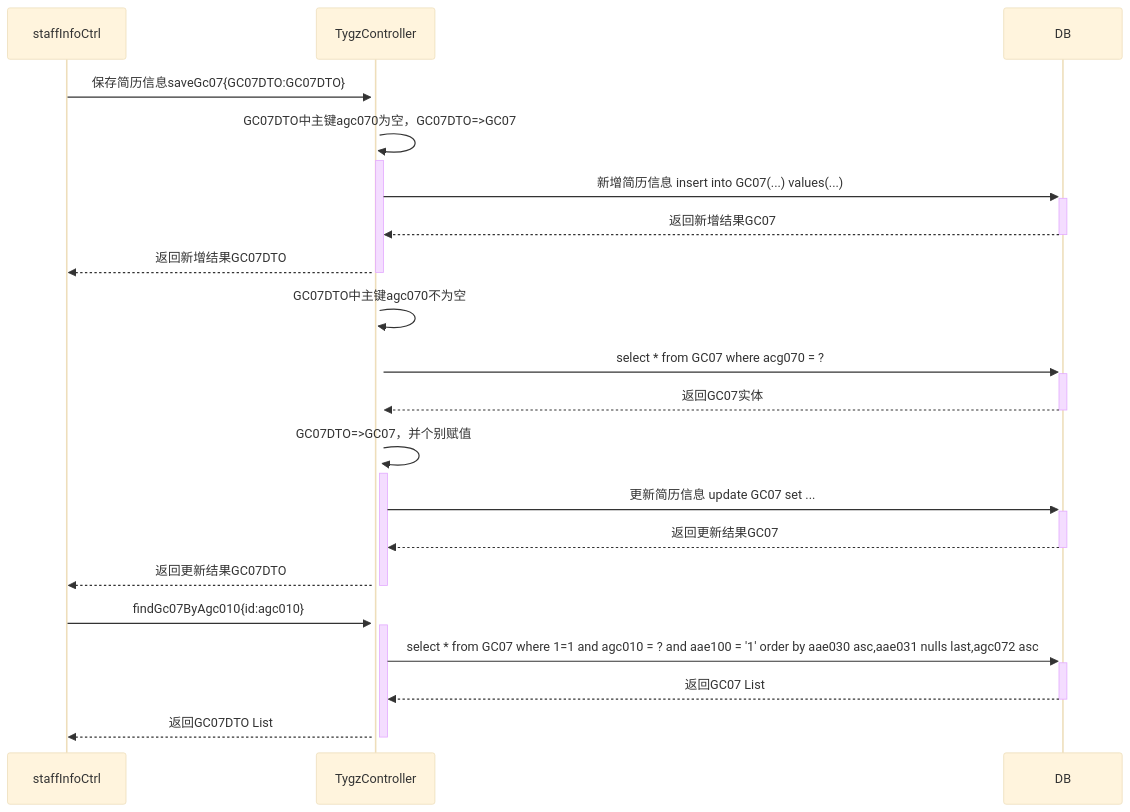
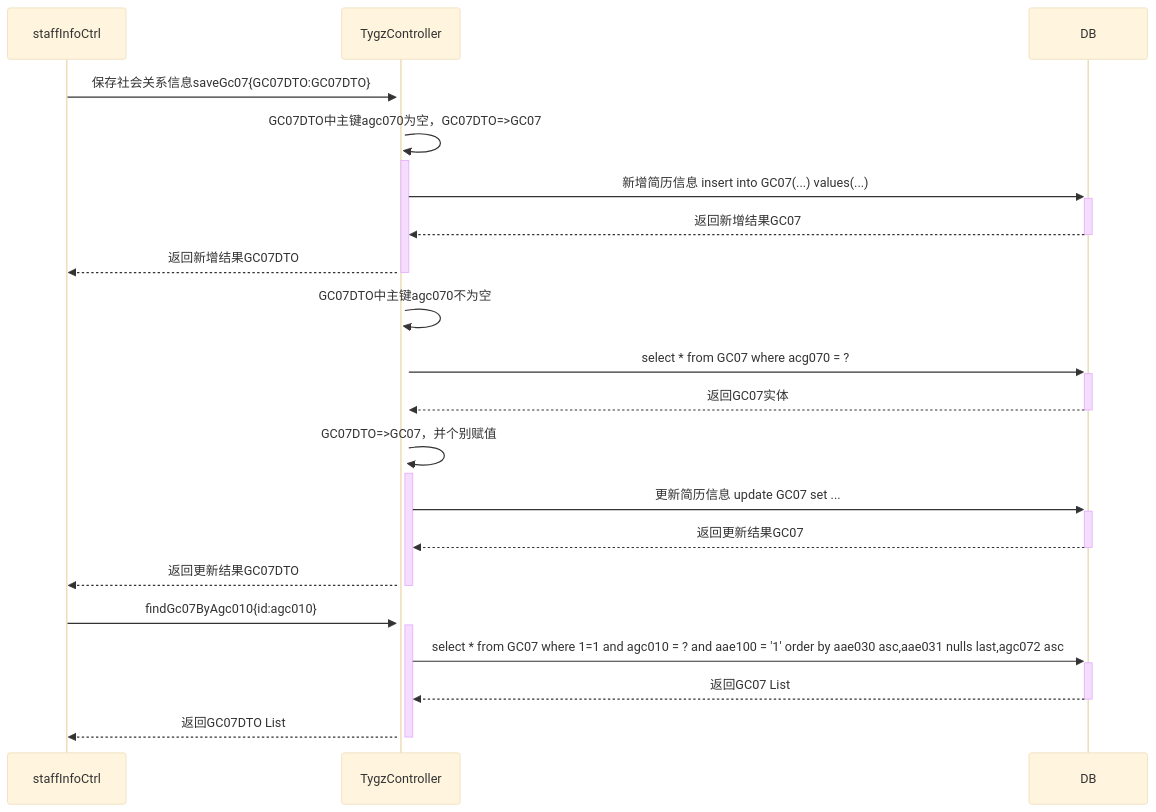
Before and after one commit to ZhangJianBeiJing/iodraw-files: the diagram in all/未命名.md, drawn with Mermaid (base theme).

Commit message:
2025-03-25 17:31:20 update

````diff
--- a/all/未命名.md
+++ b/all/未命名.md
@@ -1,23 +1,22 @@
 ```mermaid
 sequenceDiagram
-
-    staffInfoCtrl->>+TygzController:保存简历信息saveGc07{GC07DTO:GC07DTO}
+    staffInfoCtrl->>+TygzController:保存社会关系信息saveGc07{GC07DTO:GC07DTO}
     TygzController->>+TygzController:GC07DTO中主键agc070为空，GC07DTO=>GC07
     TygzController->>+DB:新增简历信息 insert into GC07(...) values(...)
     DB-->>-TygzController:返回新增结果GC07
     TygzController-->>-staffInfoCtrl:返回新增结果GC07DTO
     TygzController->>+TygzController:GC07DTO中主键agc070不为空
     TygzController->>+DB:select * from GC07 where acg070 = ?
     DB-->>-TygzController:返回GC07实体
     TygzController->>+TygzController:GC07DTO=>GC07，并个别赋值
     TygzController->>+DB:更新简历信息 update GC07 set ...
     DB-->>-TygzController:返回更新结果GC07
     TygzController-->>-staffInfoCtrl:返回更新结果GC07DTO
 
     staffInfoCtrl->>+TygzController:findGc07ByAgc010{id:agc010}
     TygzController->>+DB:select * from GC07 where 1=1 and agc010 = ? and aae100 = '1' order by aae030 asc,aae031 nulls last,agc072 asc 
     DB-->>-TygzController:返回GC07 List
     TygzController-->>-staffInfoCtrl:返回GC07DTO List
             
             
 ```
````
